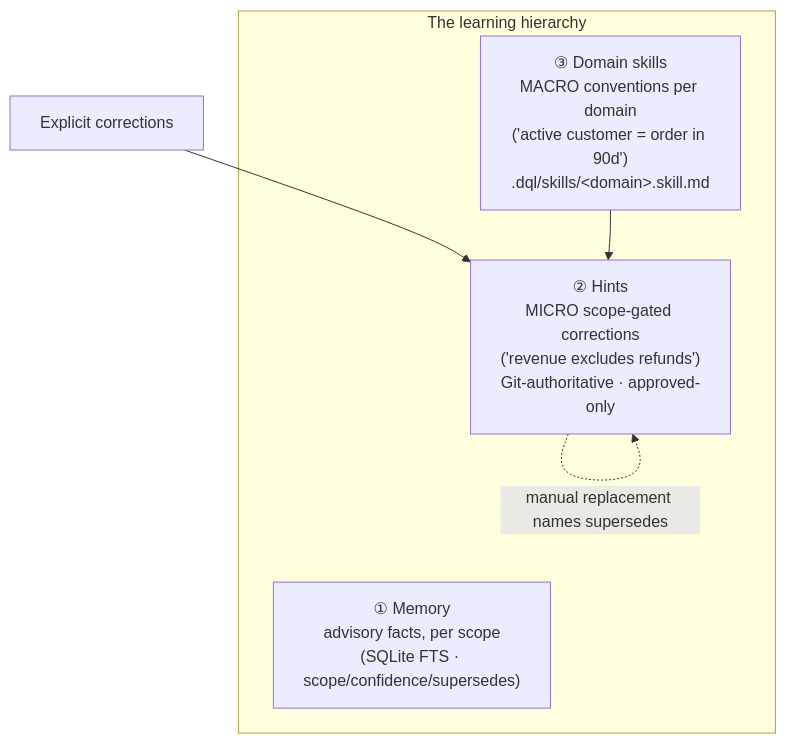
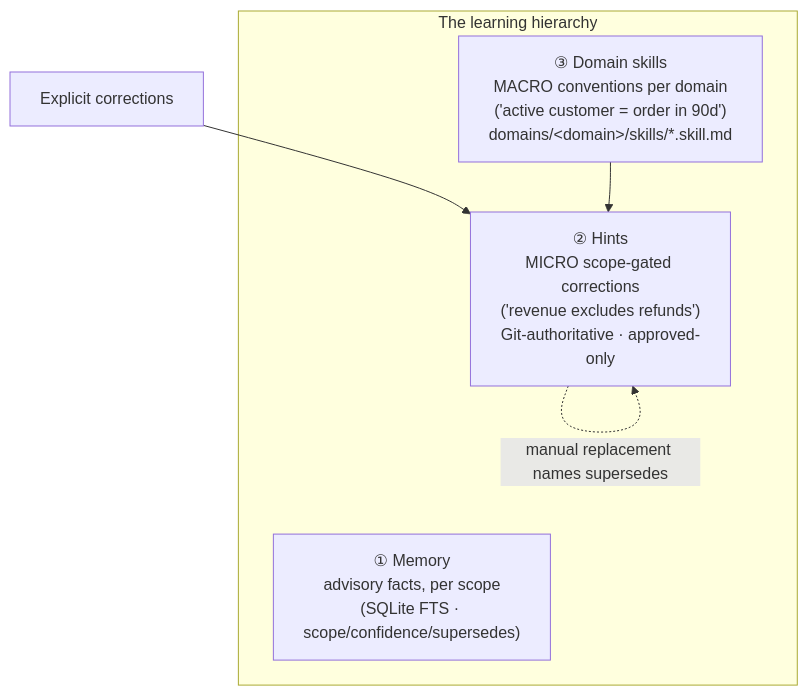
Before and after one commit to duckcode-ai/dql: the second of 5 diagrams in docs/architecture/agentic-loop/07-memory-and-learning.md, drawn with Mermaid. The commit also changed other lines of this file and 32 other files, not shown here.

````diff
--- a/docs/architecture/agentic-loop/07-memory-and-learning.md
+++ b/docs/architecture/agentic-loop/07-memory-and-learning.md
@@ -42,11 +42,11 @@
 ```mermaid
 flowchart TD
     subgraph Tiers["The learning hierarchy"]
         M["① Memory<br/>advisory facts, per scope<br/>(SQLite FTS · scope/confidence/supersedes)"]
         H["② Hints<br/>MICRO scope-gated corrections<br/>('revenue excludes refunds')<br/>Git-authoritative · approved-only"]
-        S["③ Domain skills<br/>MACRO conventions per domain<br/>('active customer = order in 90d')<br/>.dql/skills/&lt;domain&gt;.skill.md"]
+        S["③ Domain skills<br/>MACRO conventions per domain<br/>('active customer = order in 90d')<br/>domains/&lt;domain&gt;/skills/*.skill.md"]
     end
     COR["Explicit corrections"] --> H
     S --> H
     H -.->|"manual replacement names supersedes"| H
 ```
````
